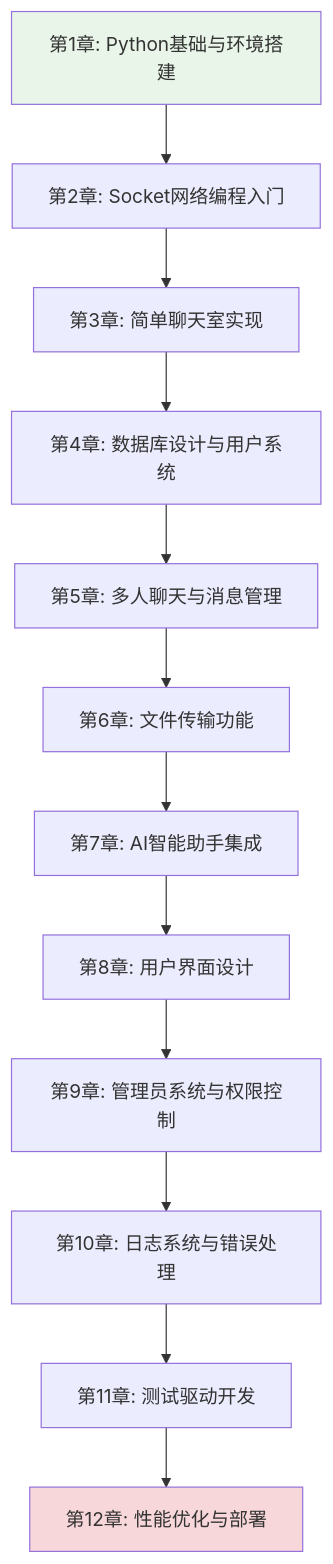
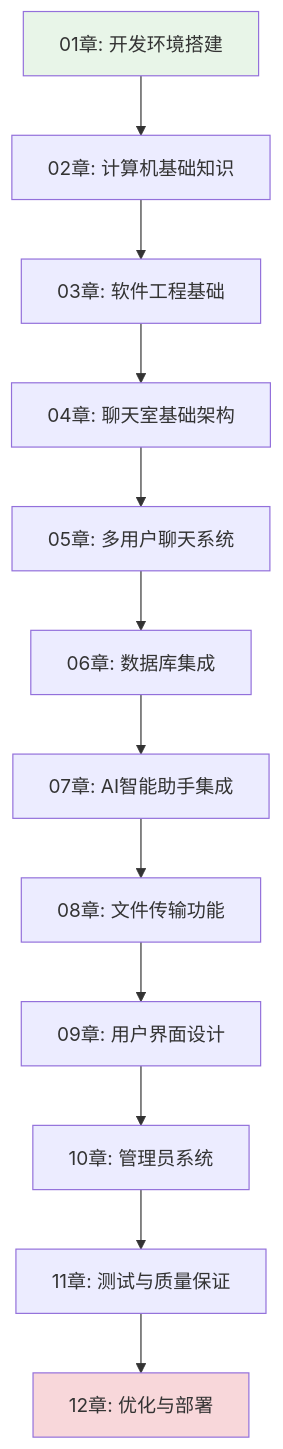
The diagram in docs/learning-v02/README.md (ogas1024/Chat-Room), drawn with Mermaid before and after one commit. The commit also changed other lines of this file and 88 other files, not shown here.

````diff
--- a/docs/learning-v02/README.md
+++ b/docs/learning-v02/README.md
@@ -15,17 +15,17 @@
 ```mermaid
 graph TD
-    A[第1章: Python基础与环境搭建] --> B[第2章: Socket网络编程入门]
-    B --> C[第3章: 简单聊天室实现]
-    C --> D[第4章: 数据库设计与用户系统]
-    D --> E[第5章: 多人聊天与消息管理]
-    E --> F[第6章: 文件传输功能]
-    F --> G[第7章: AI智能助手集成]
-    G --> H[第8章: 用户界面设计]
-    H --> I[第9章: 管理员系统与权限控制]
-    I --> J[第10章: 日志系统与错误处理]
-    J --> K[第11章: 测试驱动开发]
-    K --> L[第12章: 性能优化与部署]
-    
+    A[01章: 开发环境搭建] --> B[02章: 计算机基础知识]
+    B --> C[03章: 软件工程基础]
+    C --> D[04章: 聊天室基础架构]
+    D --> E[05章: 多用户聊天系统]
+    E --> F[06章: 数据库集成]
+    F --> G[07章: AI智能助手集成]
+    G --> H[08章: 文件传输功能]
+    H --> I[09章: 用户界面设计]
+    I --> J[10章: 管理员系统]
+    J --> K[11章: 测试与质量保证]
+    K --> L[12章: 优化与部署]
+
     style A fill:#e8f5e8
     style L fill:#f8d7da
 ```
````
